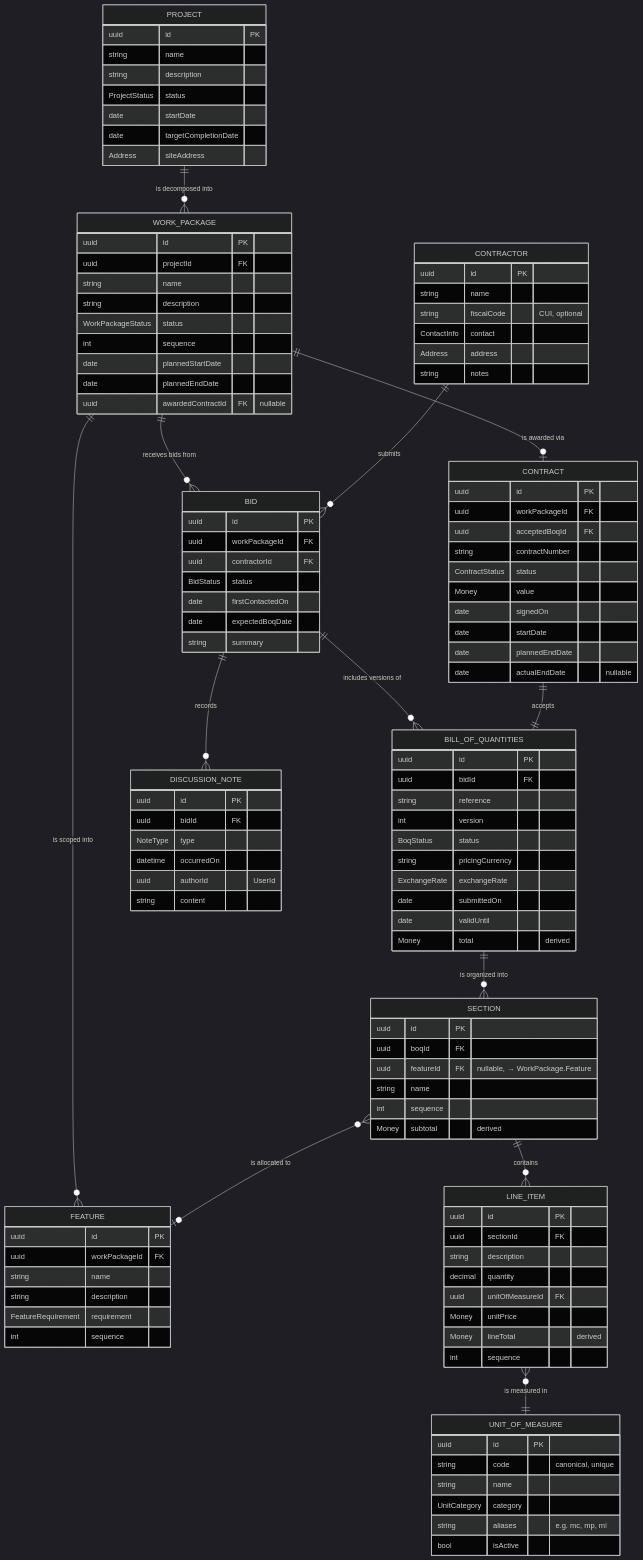
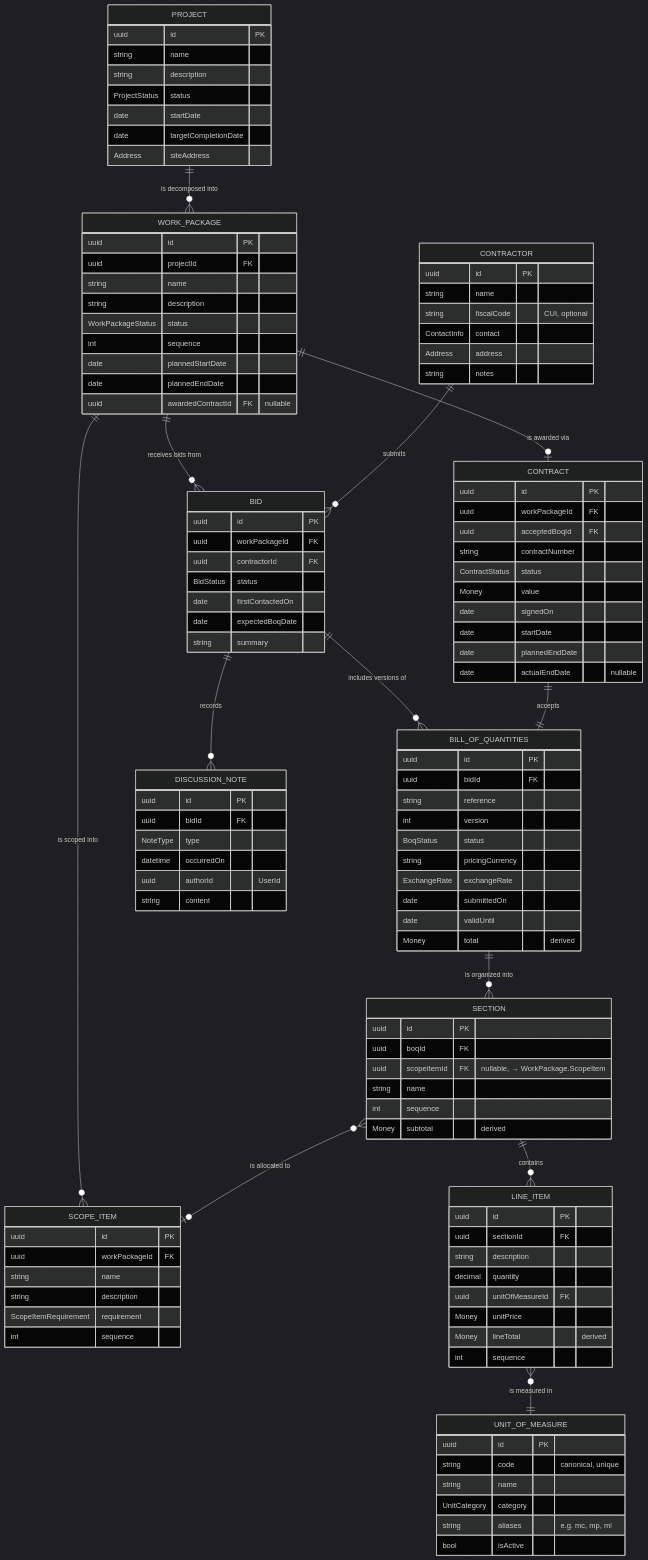
The diagram in docs/architecture/domain-model.md (grajdeanserghei/home-building-crm), drawn with Mermaid (dark theme) before and after one commit. The commit also changed other lines of this file, not shown here.

First line of the commit message:
docs(domain): add Scope Item sub-scope to Work Package

````diff
--- a/docs/architecture/domain-model.md
+++ b/docs/architecture/domain-model.md
@@ -41,7 +41,7 @@
 ```mermaid
 erDiagram
     PROJECT ||--o{ WORK_PACKAGE : "is decomposed into"
-    WORK_PACKAGE ||--o{ FEATURE : "is scoped into"
+    WORK_PACKAGE ||--o{ SCOPE_ITEM : "is scoped into"
     WORK_PACKAGE ||--o{ BID : "receives bids from"
     CONTRACTOR ||--o{ BID : "submits"
     BID ||--o{ BILL_OF_QUANTITIES : "includes versions of"
@@ -50,7 +50,7 @@
     CONTRACT ||--|| BILL_OF_QUANTITIES : "accepts"
     BILL_OF_QUANTITIES ||--o{ SECTION : "is organized into"
     SECTION ||--o{ LINE_ITEM : "contains"
-    SECTION }o--o| FEATURE : "is allocated to"
+    SECTION }o--o| SCOPE_ITEM : "is allocated to"
     LINE_ITEM }o--|| UNIT_OF_MEASURE : "is measured in"
 
     PROJECT {
@@ -73,12 +73,12 @@
         date plannedEndDate
         uuid awardedContractId FK "nullable"
     }
-    FEATURE {
+    SCOPE_ITEM {
         uuid id PK
         uuid workPackageId FK
         string name
         string description
-        FeatureRequirement requirement
+        ScopeItemRequirement requirement
         int sequence
     }
     CONTRACTOR {
@@ -133,7 +133,7 @@
     SECTION {
         uuid id PK
         uuid boqId FK
-        uuid featureId FK "nullable, → WorkPackage.Feature"
+        uuid scopeItemId FK "nullable, → WorkPackage.ScopeItem"
         string name
         int sequence
         Money subtotal "derived"
````
